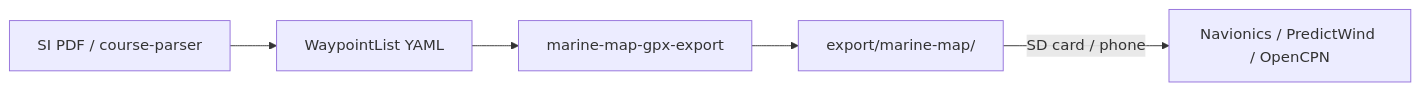
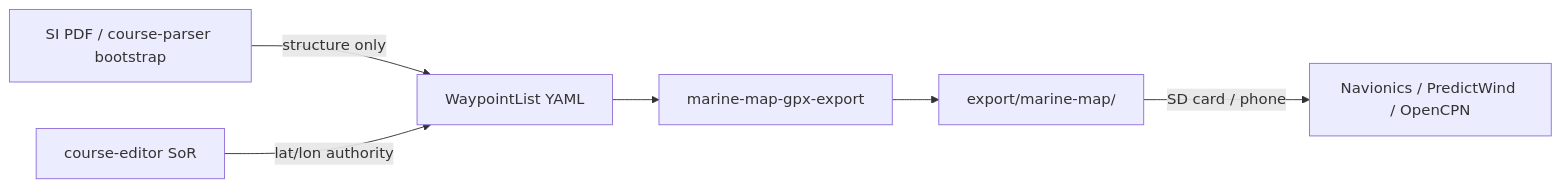
Diagram 29 of 33 in spec.md (cognite-fholm/AI-sailing-system), drawn with Mermaid before and after one commit. The commit also changed other lines of this file and 9 other files, not shown here.

First line of the commit message:
docs(spec): ADR-0018?0020 ? three-Pi deploy, PredictWind GRIB, course-editor SoR

````diff
--- a/spec.md
+++ b/spec.md
@@ -3481,11 +3549,14 @@
 ```mermaid
 flowchart LR
-  SI[SI PDF / course-parser]
+  SI[SI PDF / course-parser bootstrap]
+  CE[course-editor SoR]
   YAML[WaypointList YAML]
   SKILL[marine-map-gpx-export]
   GPX[export/marine-map/]
   CHART[Navionics / PredictWind / OpenCPN]
 
-  SI --> YAML --> SKILL --> GPX
+  SI -->|structure only| YAML
+  CE -->|lat/lon authority| YAML
+  YAML --> SKILL --> GPX
   GPX -->|SD card / phone| CHART
 ```
````
